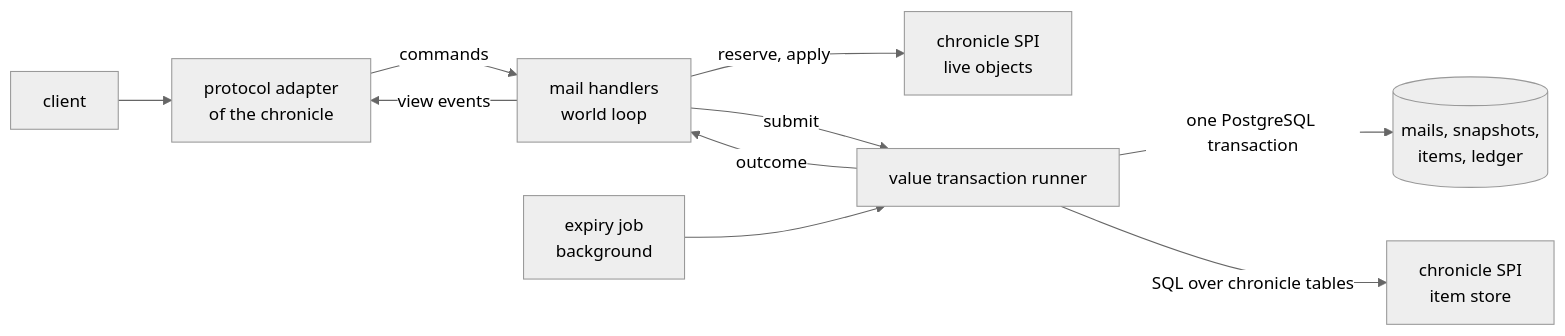
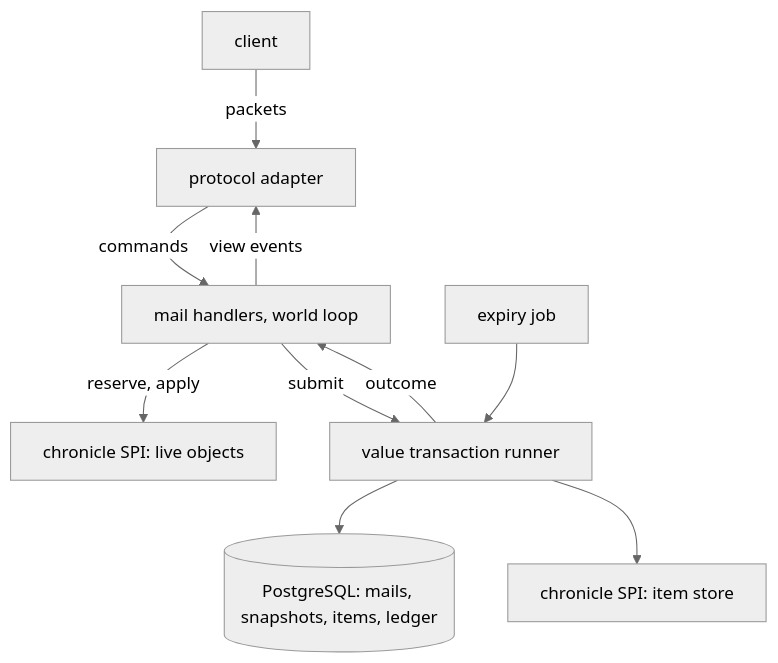
The first of 3 diagrams in src/content/docs/core/features/mail.md (l2nx/nx-dev-web), drawn with Mermaid (neutral theme) before and after one commit. The commit also changed other lines of this file and 2 other files, not shown here.

Commit message:
docs(core): sync main@1ed0c3874177c58609e73b6b4d617275fe8a1e34

````diff
--- a/src/content/docs/core/features/mail.md
+++ b/src/content/docs/core/features/mail.md
@@ -98,12 +98,12 @@
 ```mermaid
-flowchart LR
-  C[client] --> A[protocol adapter<br/>of the chronicle]
-  A -->|commands| H[mail handlers<br/>world loop]
-  H -->|reserve, apply| W[chronicle SPI<br/>live objects]
+flowchart TB
+  C[client] -->|packets| A[protocol adapter]
+  A -->|commands| H[mail handlers, world loop]
+  H -->|view events| A
+  H -->|reserve, apply| W[chronicle SPI: live objects]
+  E[expiry job] --> T
   H -->|submit| T[value transaction runner]
-  T -->|one PostgreSQL transaction| D[(mails, snapshots,<br/>items, ledger)]
-  T -->|SQL over chronicle tables| S[chronicle SPI<br/>item store]
   T -->|outcome| H
-  H -->|view events| A
-  E[expiry job<br/>background] --> T
+  T --> D[(PostgreSQL: mails, snapshots, items, ledger)]
+  T --> S[chronicle SPI: item store]
 ```
````
